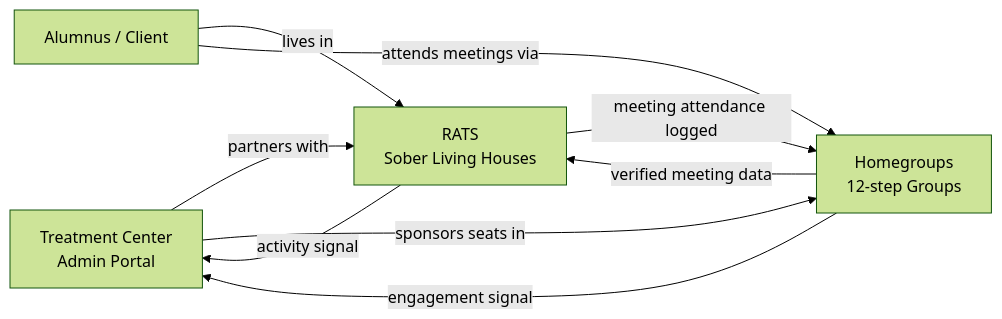
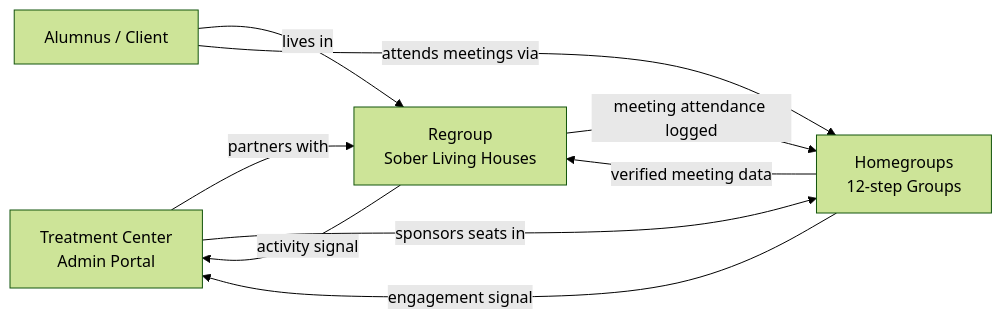
The second of 2 diagrams in docs/ecosystem/product-map.md (marcusk639/recovery-platform), drawn with Mermaid (forest theme) before and after one commit. The commit also changed other lines of this file and 122 other files, not shown here.

First line of the commit message:
docs: rebrand RecoveryConnect→Homegroups and RATS→Regroup

````diff
--- a/docs/ecosystem/product-map.md
+++ b/docs/ecosystem/product-map.md
@@ -314,16 +314,16 @@
 ```mermaid
 graph LR
   TC[Treatment Center<br/>Admin Portal]
-  RATS[RATS<br/>Sober Living Houses]
+  Regroup[Regroup<br/>Sober Living Houses]
   HG[Homegroups<br/>12-step Groups]
   Client[Alumnus / Client]
 
-  TC -- partners with --> RATS
+  TC -- partners with --> Regroup
   TC -- sponsors seats in --> HG
-  Client -- lives in --> RATS
+  Client -- lives in --> Regroup
   Client -- attends meetings via --> HG
-  RATS -- activity signal --> TC
+  Regroup -- activity signal --> TC
   HG -- engagement signal --> TC
-  RATS -- meeting attendance logged --> HG
-  HG -- verified meeting data --> RATS
+  Regroup -- meeting attendance logged --> HG
+  HG -- verified meeting data --> Regroup
 ```
````
